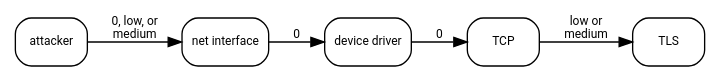
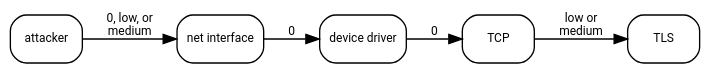
Before and after one commit to noncombatant/noncombatant.github.io: the diagram in 2021/04/09/prioritizing-memory-safety-migrations/surface-03.dot, drawn with Graphviz. The commit also changed 11 other files, not shown here.

```diff
--- a/2021/04/09/prioritizing-memory-safety-migrations/surface-03.dot
+++ b/2021/04/09/prioritizing-memory-safety-migrations/surface-03.dot
@@ -1,35 +1,36 @@
 digraph {
   splines = polyline;
   rankdir = LR
+  bgcolor = transparent
   node [
     shape = box
     style = rounded
     fontname = "Roboto"
     fontsize = 9
     margin = 0.1
   ];
   edge [
     fontname = "Roboto"
     fontsize = 9
     margin = 0.1
   ];
 
   attacker [ label = "attacker" ];
   NIC [ label = "net interface" ];
   kernel [ label = "device driver" ];
   TCP [ label = "TCP" ];
   TLS [ label = "TLS" ];
 
   attacker -> NIC [
     label = "0, low, or\nmedium"
   ];
   NIC -> kernel [
     label = "0"
   ];
   kernel -> TCP [
     label = "0"
   ];
   TCP -> TLS [
     label = "low or\nmedium"
   ];
 }
```
